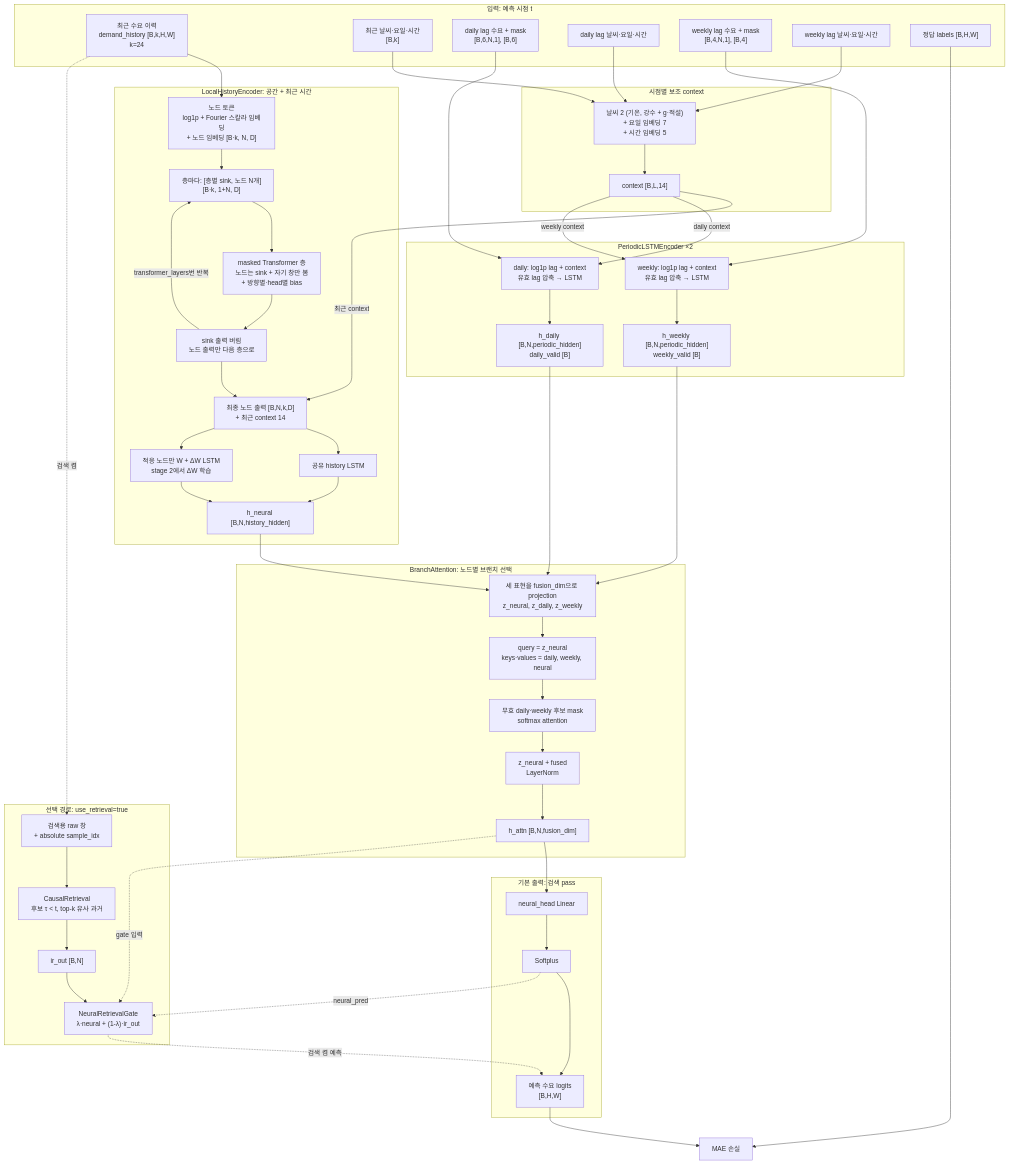
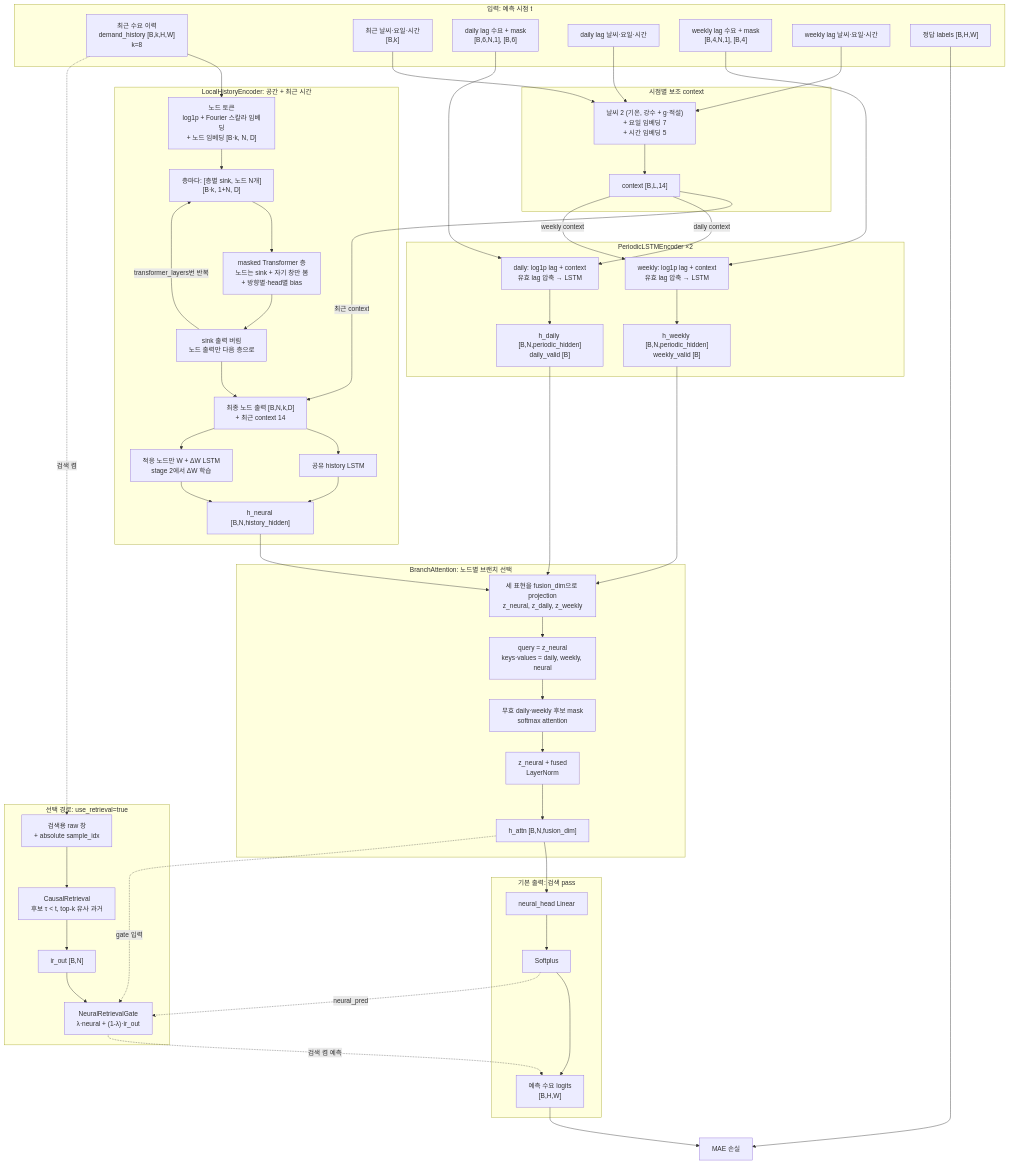
Before and after one commit to dev-jake-kim/demandprediction: the diagram in docs/SPEC.md, drawn with Mermaid. The commit also changed other lines of this file and 4 other files, not shown here.

````diff
--- a/docs/SPEC.md
+++ b/docs/SPEC.md
@@ -30,7 +30,7 @@
 ```mermaid
 flowchart TD
     subgraph IN["입력: 예측 시점 t"]
-        H["최근 수요 이력<br/>demand_history [B,k,H,W]<br/>k=24"]
+        H["최근 수요 이력<br/>demand_history [B,k,H,W]<br/>k=8"]
         CTX["최근 날씨·요일·시간<br/>[B,k]"]
         D["daily lag 수요 + mask<br/>[B,6,N,1], [B,6]"]
         DC["daily lag 날씨·요일·시간"]
````
